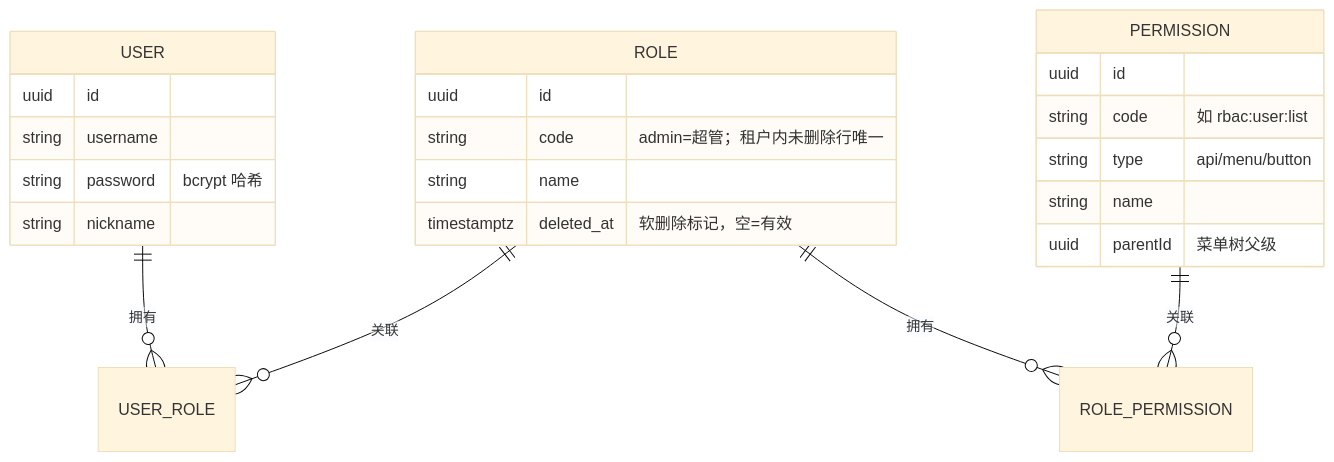
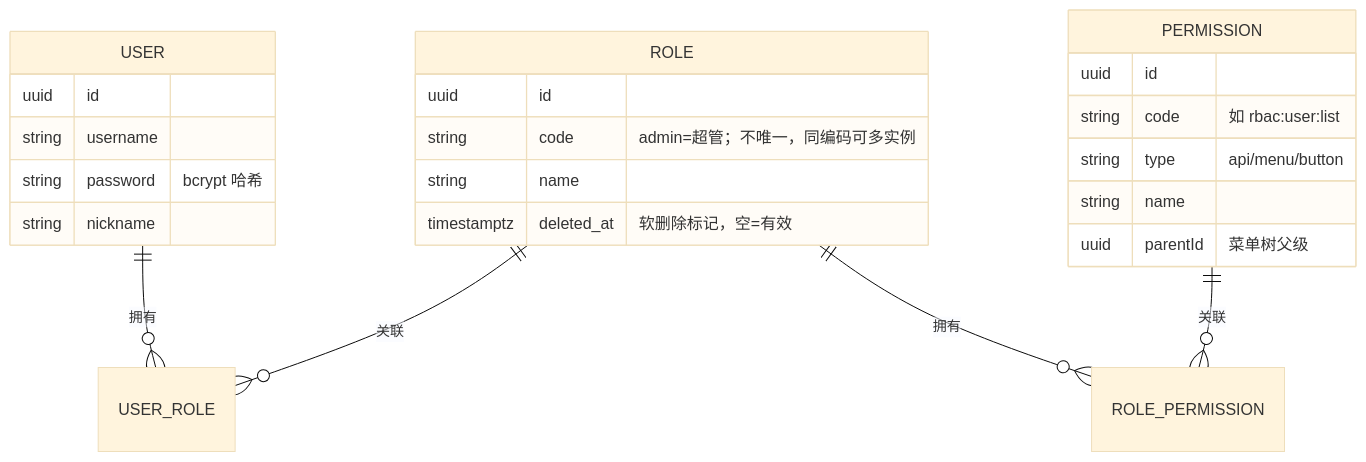
One commit to yiting001/E-sports-01 changed the first of 6 diagrams in docs/rbac.md. Above: the diagram before and after it, drawn with Mermaid (base theme). The commit also changed other lines of this file and 14 other files, not shown here.

````diff
--- a/docs/rbac.md
+++ b/docs/rbac.md
@@ -47,27 +47,27 @@
 ```mermaid
 erDiagram
   USER ||--o{ USER_ROLE : 拥有
   ROLE ||--o{ USER_ROLE : 关联
   ROLE ||--o{ ROLE_PERMISSION : 拥有
   PERMISSION ||--o{ ROLE_PERMISSION : 关联
 
   USER {
     uuid id
     string username
     string password "bcrypt 哈希"
     string nickname
   }
   ROLE {
     uuid id
-    string code "admin=超管；租户内未删除行唯一"
+    string code "admin=超管；不唯一，同编码可多实例"
     string name
     timestamptz deleted_at "软删除标记，空=有效"
   }
   PERMISSION {
     uuid id
     string code "如 rbac:user:list"
     string type "api/menu/button"
     string name
     uuid parentId "菜单树父级"
   }
 ```
````
